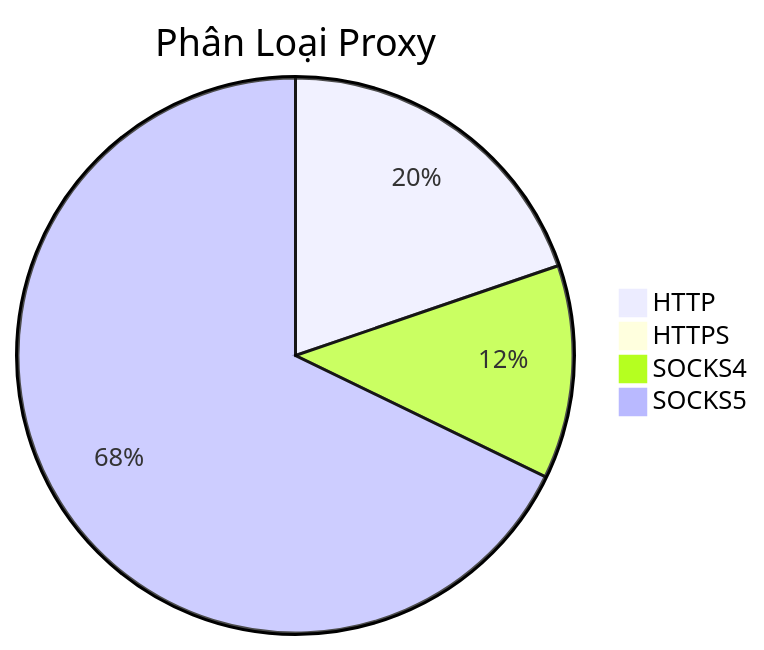
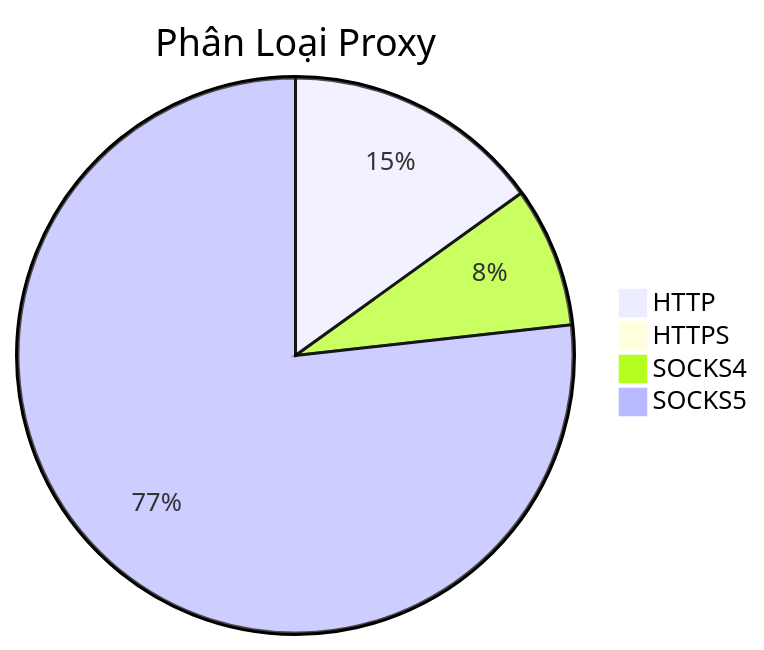
The diagram in README.md (Ciara-Aa/PROXY-free), drawn with Mermaid before and after one commit. The commit also changed other lines of this file and 4 other files, not shown here.

````diff
--- a/README.md
+++ b/README.md
@@ -26,7 +26,7 @@
 ```mermaid
 pie title Phân Loại Proxy
-    "HTTP" : 572
+    "HTTP" : 635
     "HTTPS" : 2
-    "SOCKS4" : 360
-    "SOCKS5" : 1963
+    "SOCKS4" : 344
+    "SOCKS5" : 3234
 ```
````
